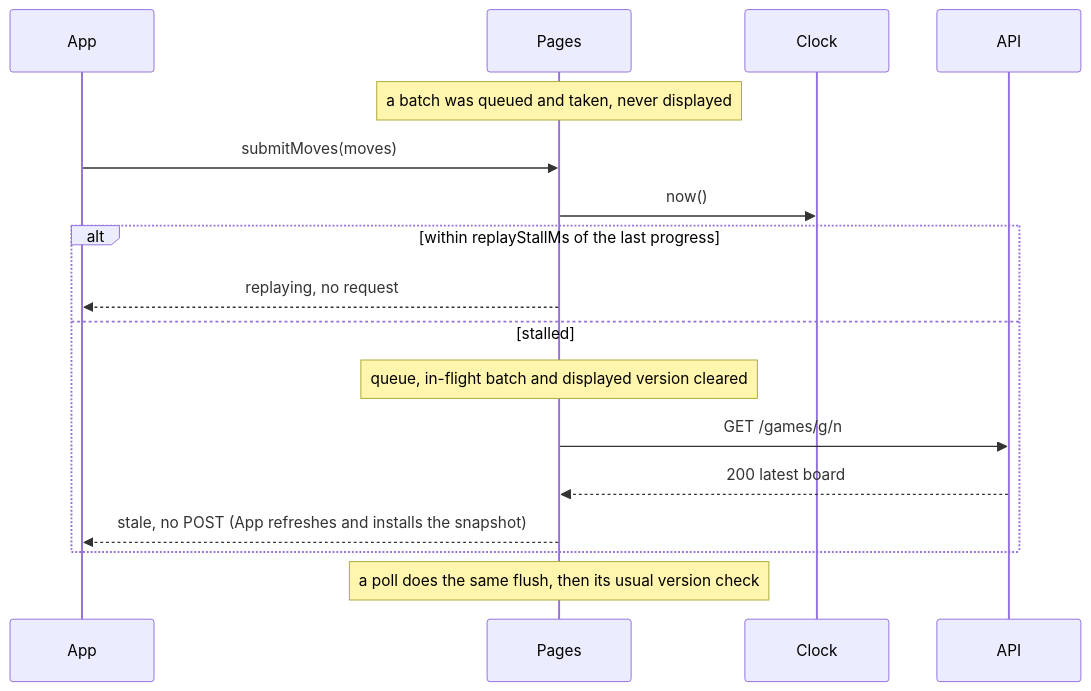
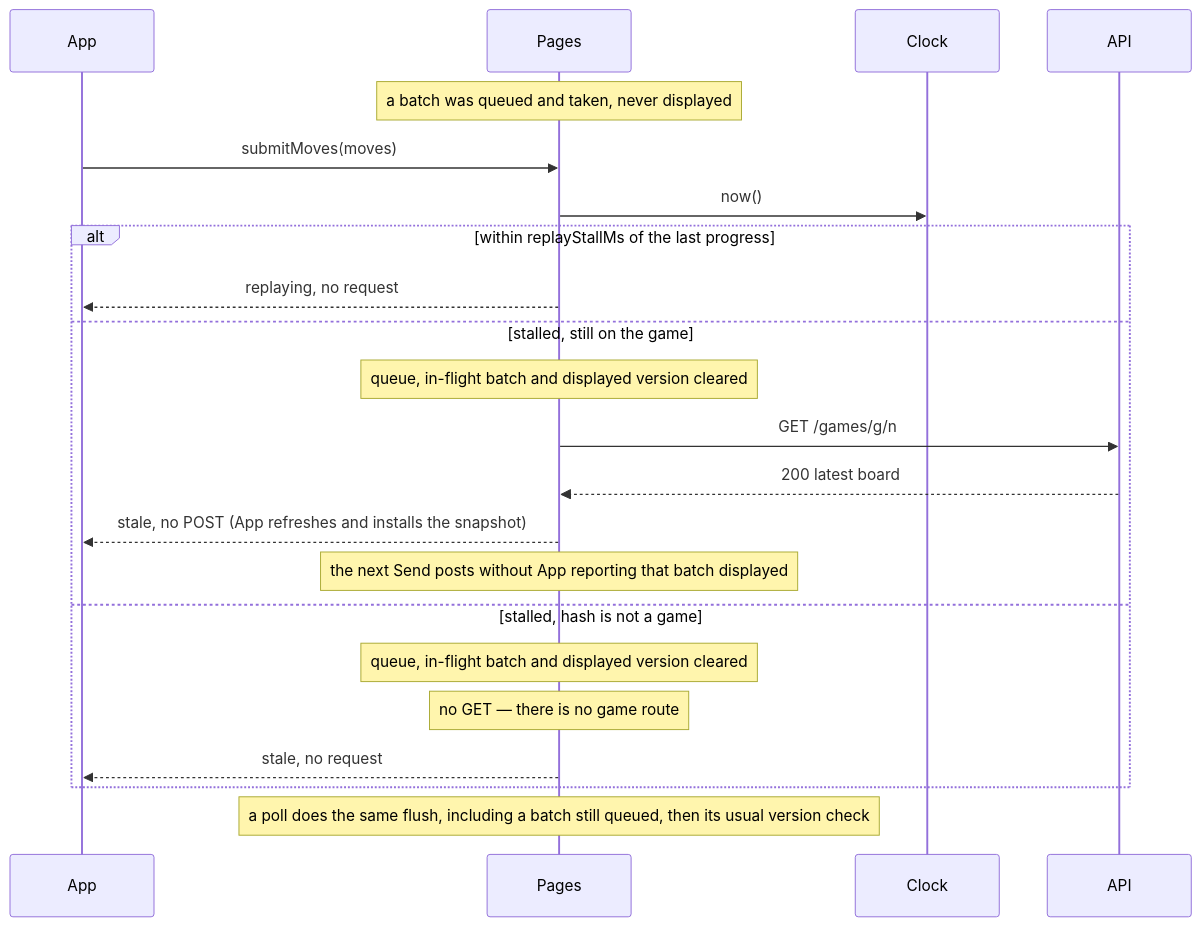
One commit to hochgi/conquarrow changed the third of 4 diagrams in docs/spec/send-self-heal/SCENARIOS.md. Above: the diagram before and after it, drawn with Mermaid. The commit also changed other lines of this file and 8 other files, not shown here.

First line of the commit message:
🤖: P104 kickback — a deleted game answers no-game, not held

````diff
--- a/docs/spec/send-self-heal/SCENARIOS.md
+++ b/docs/spec/send-self-heal/SCENARIOS.md
@@ -92,19 +104,24 @@
 ```mermaid
 sequenceDiagram
   participant App
   participant Pages
   participant Clock
   participant API
   Note over Pages: a batch was queued and taken, never displayed
   App->>Pages: submitMoves(moves)
   Pages->>Clock: now()
   alt within replayStallMs of the last progress
     Pages-->>App: replaying, no request
-  else stalled
+  else stalled, still on the game
     Note over Pages: queue, in-flight batch and displayed version cleared
     Pages->>API: GET /games/g/n
     API-->>Pages: 200 latest board
     Pages-->>App: stale, no POST (App refreshes and installs the snapshot)
+    Note over Pages: the next Send posts without App reporting that batch displayed
+  else stalled, hash is not a game
+    Note over Pages: queue, in-flight batch and displayed version cleared
+    Note over Pages: no GET — there is no game route
+    Pages-->>App: stale, no request
   end
-  Note over Pages: a poll does the same flush, then its usual version check
+  Note over Pages: a poll does the same flush, including a batch still queued, then its usual version check
 ```
````
